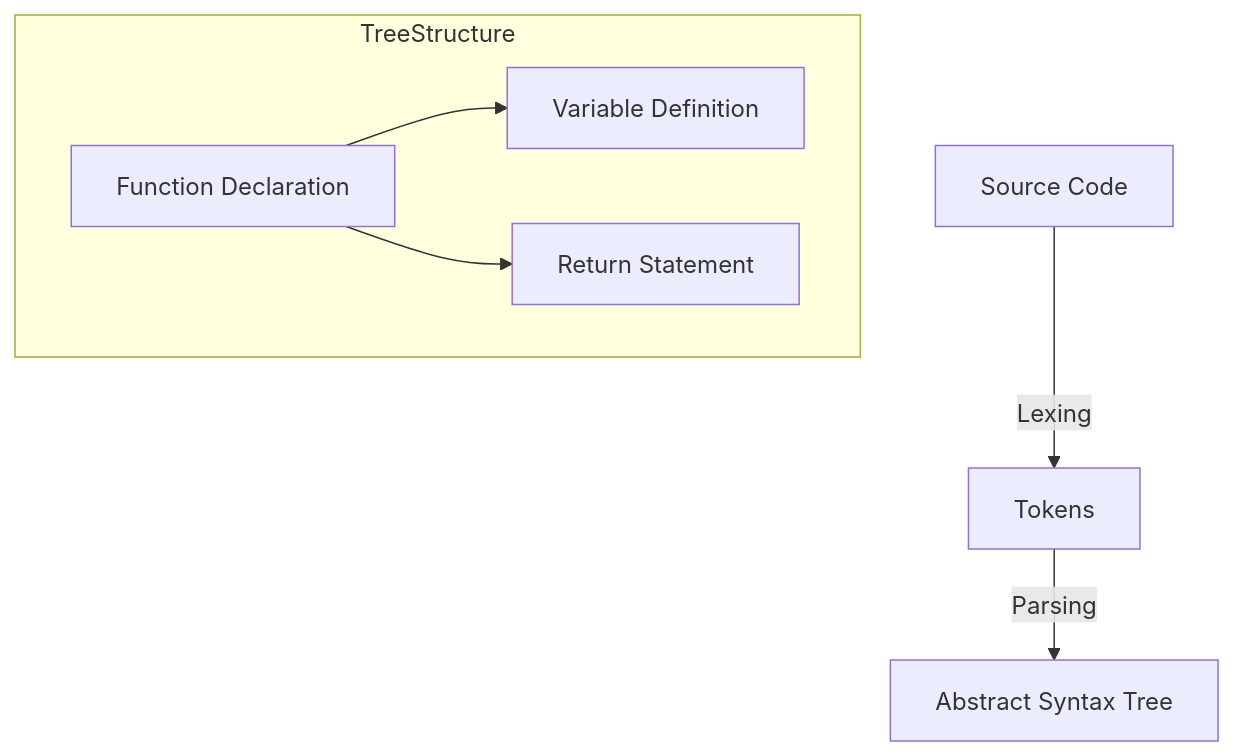
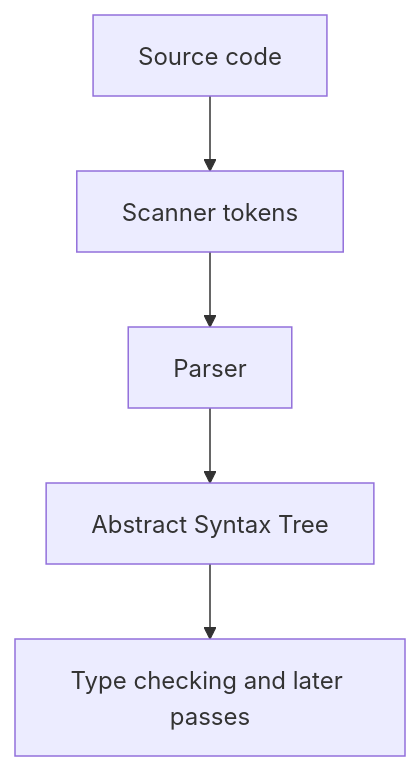
One commit to syahputrawork98-sketch/Golang-Knowledge-Base changed the diagram in RAK-06-compiler-runtime/SR-01-compiler-architecture/BK-01-frontend/CH-01_ParserAST/README.md. Above: the diagram before and after it, drawn with Mermaid. The commit also changed other lines of this file and 44 other files, not shown here.

````diff
--- a/RAK-06-compiler-runtime/SR-01-compiler-architecture/BK-01-frontend/CH-01_ParserAST/README.md
+++ b/RAK-06-compiler-runtime/SR-01-compiler-architecture/BK-01-frontend/CH-01_ParserAST/README.md
@@ -27,14 +35,7 @@
 ```mermaid
 graph TD
-
-    SC[Source Code] -->|Lexing| TK[Tokens]
-    TK -->|Parsing| AST[Abstract Syntax Tree]
-    
-    subgraph TreeStructure
-        Node1[Function Declaration]
-        Node2[Variable Definition]
-        Node3[Return Statement]
-        Node1 --> Node2
-        Node1 --> Node3
-    end
+    Source[Source code] --> Tokens[Scanner tokens]
+    Tokens --> Parser[Parser]
+    Parser --> AST[Abstract Syntax Tree]
+    AST --> Next[Type checking and later passes]
 ```
````
